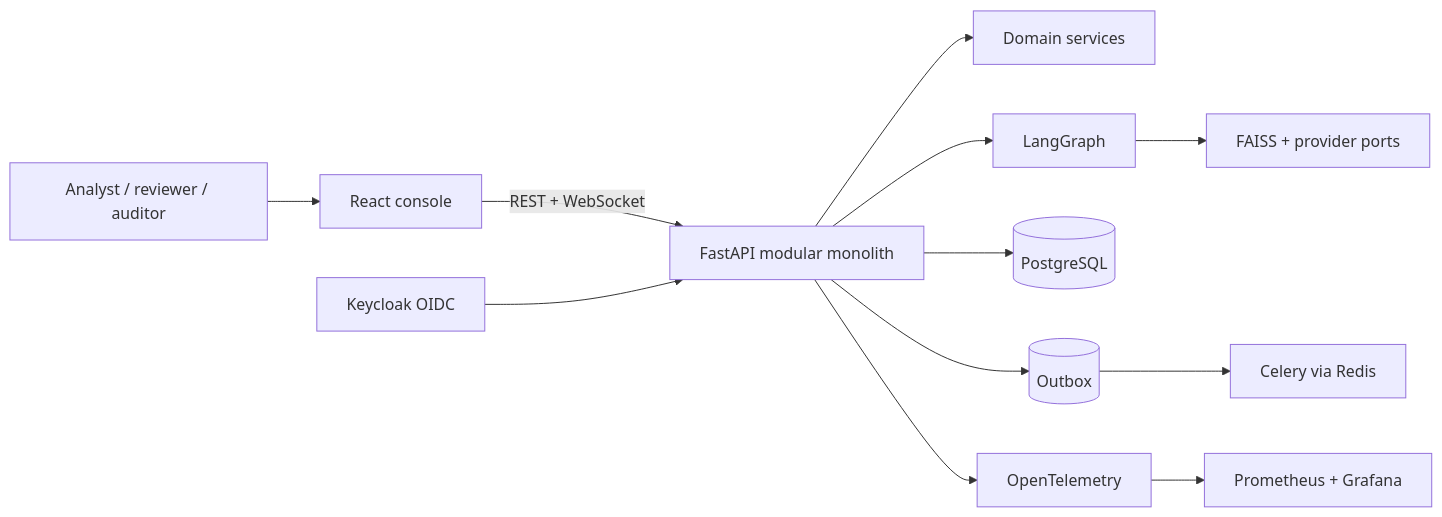
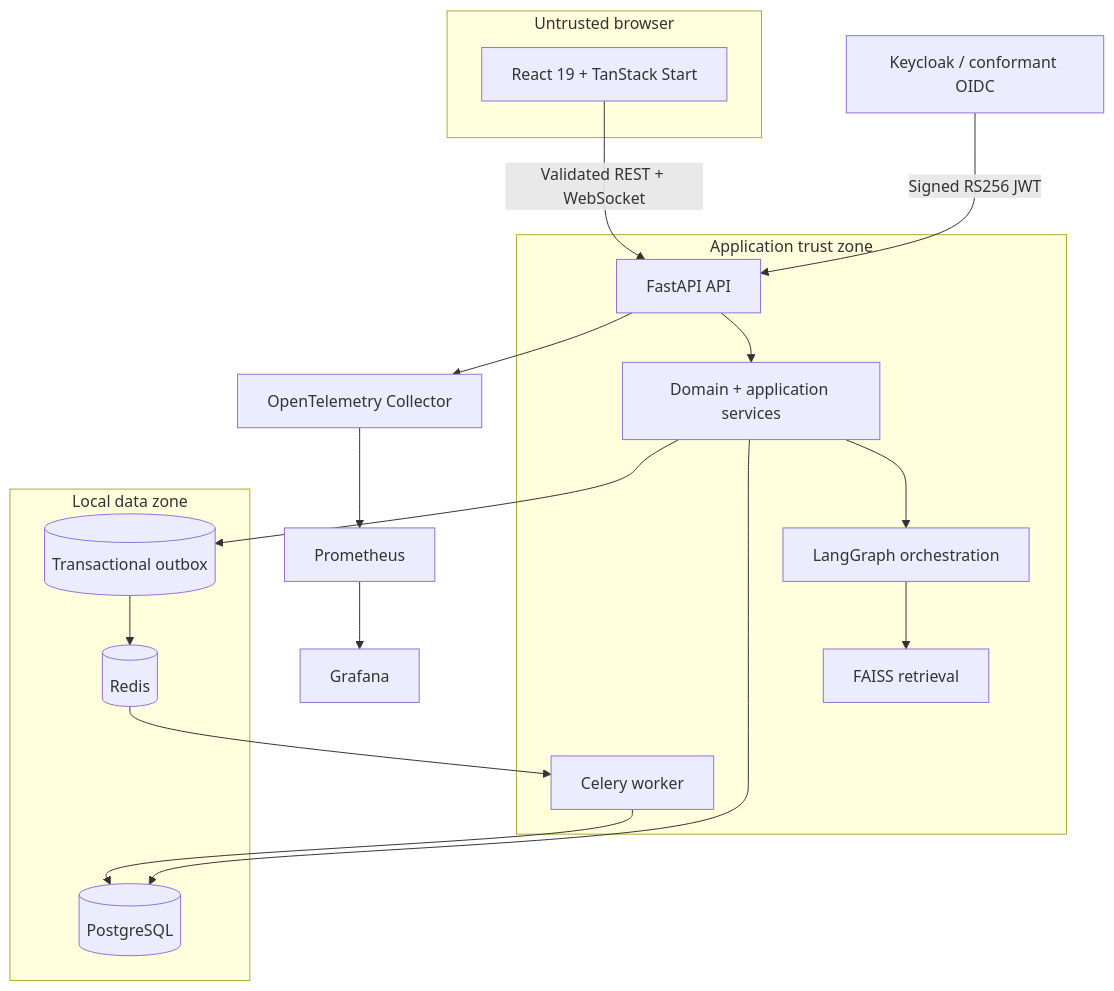
One commit to la3679/tradeops-insight changed the first of 4 diagrams in README.md. Above: the diagram before and after it, drawn with Mermaid. The commit also changed other lines of this file and 5 other files, not shown here.

````diff
--- a/README.md
+++ b/README.md
@@ -24,12 +138,25 @@
 ```mermaid
-flowchart LR
-  U[Analyst / reviewer / auditor] --> W[React console]
-  W -->|REST + WebSocket| A[FastAPI modular monolith]
-  A --> D[Domain services]
-  A --> G[LangGraph]
-  G --> R[FAISS + provider ports]
-  A --> P[(PostgreSQL)]
-  A --> X[(Outbox)] --> Q[Celery via Redis]
-  A --> O[OpenTelemetry] --> M[Prometheus + Grafana]
-  I[Keycloak OIDC] --> A
+flowchart TB
+  subgraph Browser[Untrusted browser]
+    UI[React 19 + TanStack Start]
+  end
+  subgraph Application[Application trust zone]
+    API[FastAPI API]
+    DOMAIN[Domain + application services]
+    GRAPH[LangGraph orchestration]
+    RAG[FAISS retrieval]
+    WORKER[Celery worker]
+  end
+  subgraph Data[Local data zone]
+    PG[(PostgreSQL)]
+    REDIS[(Redis)]
+    OUTBOX[(Transactional outbox)]
+  end
+  IDP[Keycloak / conformant OIDC] -->|Signed RS256 JWT| API
+  UI -->|Validated REST + WebSocket| API
+  API --> DOMAIN
+  DOMAIN --> GRAPH --> RAG
+  DOMAIN --> PG
+  DOMAIN --> OUTBOX --> REDIS --> WORKER --> PG
+  API --> OTEL[OpenTelemetry Collector] --> PROM[Prometheus] --> GRAFANA[Grafana]
 ```
````
